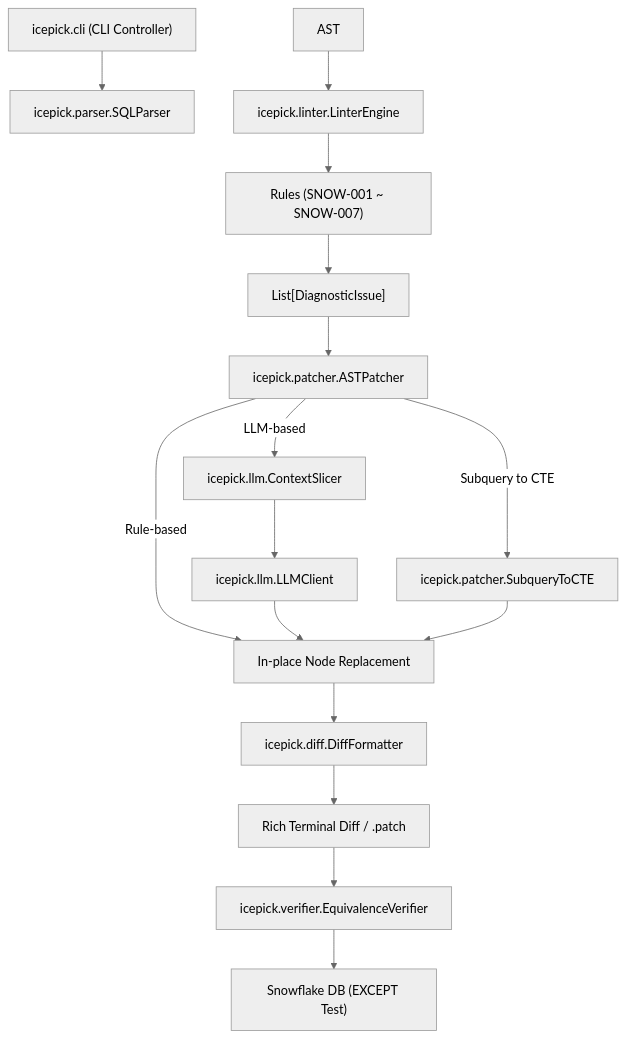
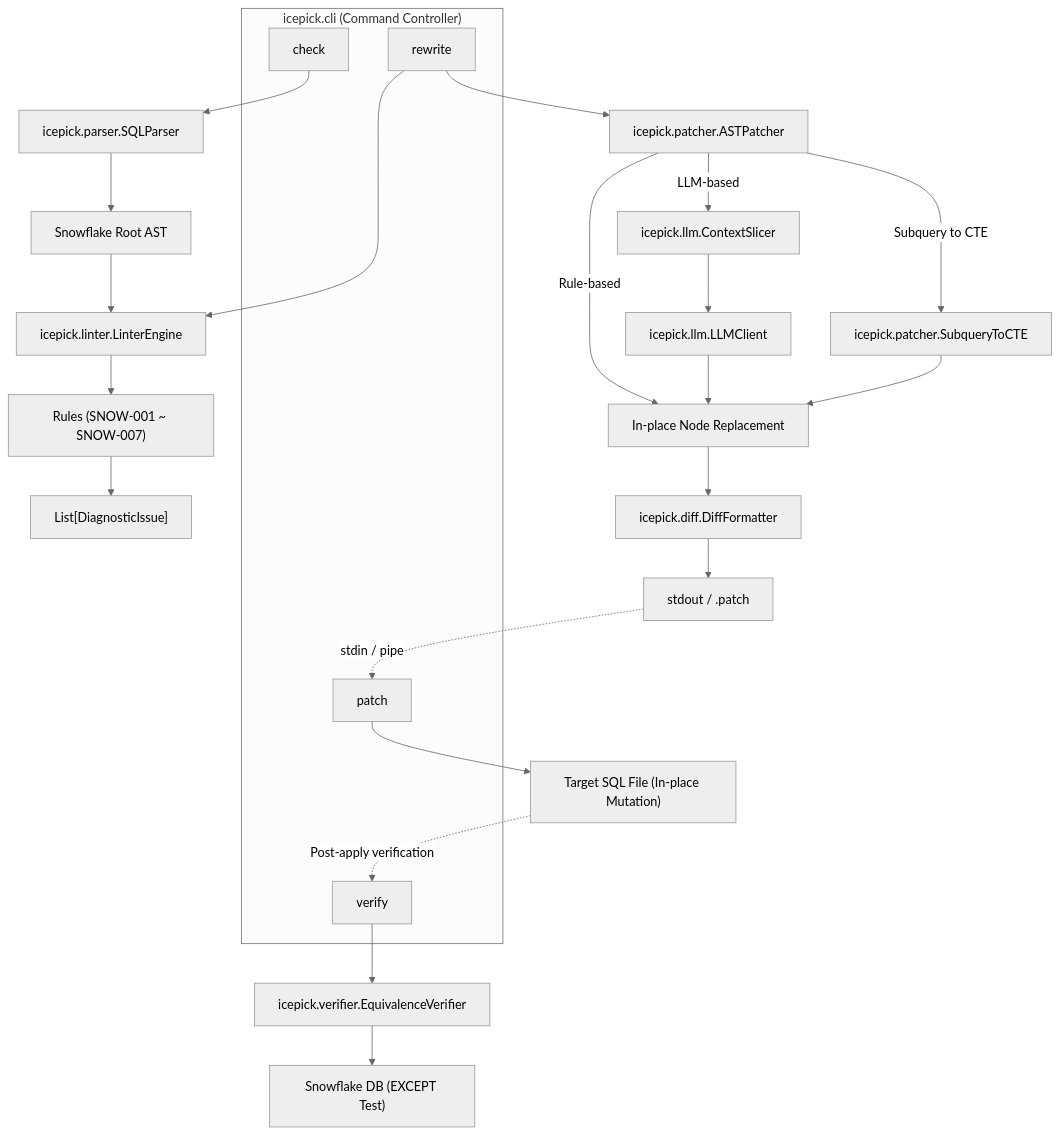
Before and after one commit to snaga/icepick: the first of 2 diagrams in doc/design.md, drawn with Mermaid (neutral theme). The commit also changed other lines of this file and 5 other files, not shown here.

First line of the commit message:
docs(specs): redesign workflow with rewrite and patch commands

````diff
--- a/doc/design.md
+++ b/doc/design.md
@@ -7,18 +7,33 @@
 ```mermaid
 flowchart TD
-    CLI["icepick.cli (CLI Controller)"] --> Parser["icepick.parser.SQLParser"]
+    subgraph CLI ["icepick.cli (Command Controller)"]
+        CmdCheck["check"]
+        CmdRewrite["rewrite"]
+        CmdPatch["patch"]
+        CmdVerify["verify"]
+    end
+
+    CmdCheck --> Parser["icepick.parser.SQLParser"]
+    Parser --> AST["Snowflake Root AST"]
     AST --> Linter["icepick.linter.LinterEngine"]
     Linter --> Rules["Rules (SNOW-001 ~ SNOW-007)"]
     Rules --> Issues["List[DiagnosticIssue]"]
-    Issues --> Patcher["icepick.patcher.ASTPatcher"]
+
+    CmdRewrite --> Linter
+    CmdRewrite --> Patcher["icepick.patcher.ASTPatcher"]
     Patcher -->|Rule-based| InPlace["In-place Node Replacement"]
     Patcher -->|LLM-based| Slicer["icepick.llm.ContextSlicer"]
     Slicer --> LLMClient["icepick.llm.LLMClient"]
     LLMClient --> InPlace
     Patcher -->|Subquery to CTE| CTEExt["icepick.patcher.SubqueryToCTE"]
     CTEExt --> InPlace
     InPlace --> Diff["icepick.diff.DiffFormatter"]
-    Diff --> UI["Rich Terminal Diff / .patch"]
-    UI --> Verifier["icepick.verifier.EquivalenceVerifier"]
+    Diff --> Stdout["stdout / .patch"]
+
+    Stdout -.->|stdin / pipe| CmdPatch
+    CmdPatch --> TargetFile["Target SQL File (In-place Mutation)"]
+
+    CmdVerify --> Verifier["icepick.verifier.EquivalenceVerifier"]
+    TargetFile -.->|Post-apply verification| CmdVerify
     Verifier --> Snowflake["Snowflake DB (EXCEPT Test)"]
 ```
````
